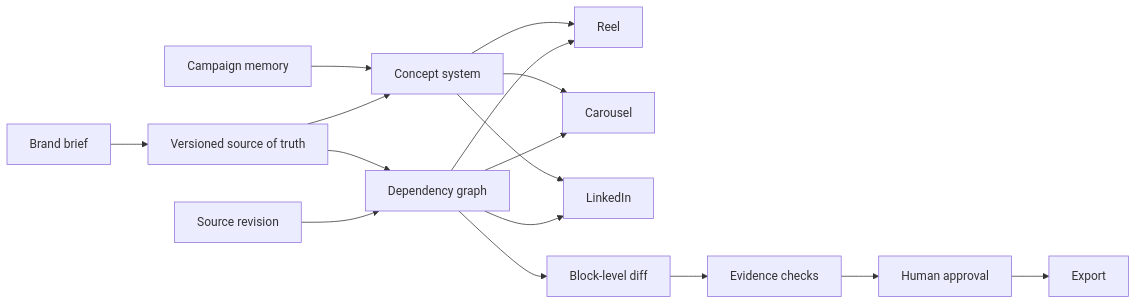
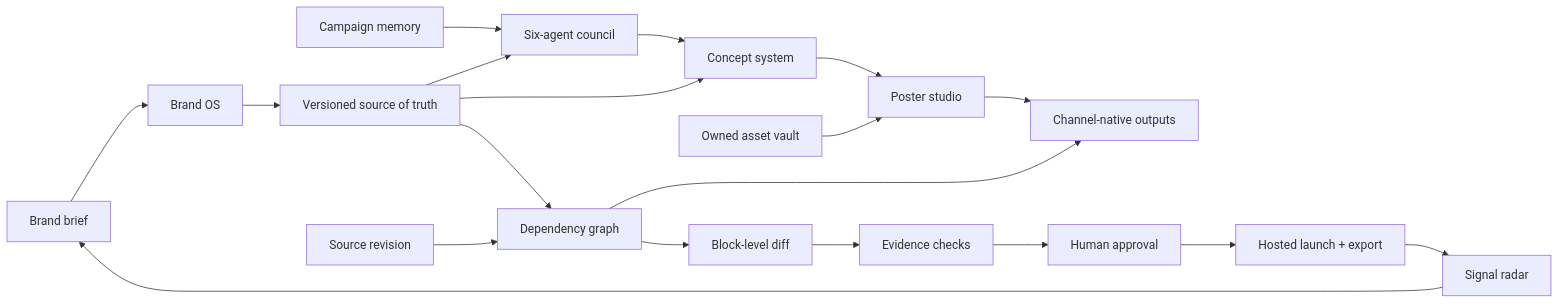
Before and after one commit to JagadeeshwaranCEO/RECAST: the diagram in README.md, drawn with Mermaid. The commit also changed other lines of this file and 15 other files, not shown here.

Commit message:
Build end-to-end AI campaign production studio

````diff
--- a/README.md
+++ b/README.md
@@ -100,18 +109,21 @@
 ```mermaid
 flowchart LR
-    B[Brand brief] --> S[Versioned source of truth]
-    M[Campaign memory] --> C[Concept system]
+    B[Brand brief] --> OS[Brand OS]
+    OS --> S[Versioned source of truth]
+    M[Campaign memory] --> A[Six-agent council]
+    S --> A
+    A --> C[Concept system]
     S --> C
-    C --> O1[Reel]
-    C --> O2[Carousel]
-    C --> O3[LinkedIn]
+    C --> P[Poster studio]
+    V[Owned asset vault] --> P
+    P --> O[Channel-native outputs]
     S --> G[Dependency graph]
-    G --> O1
-    G --> O2
-    G --> O3
+    G --> O
     R[Source revision] --> G
     G --> D[Block-level diff]
     D --> Q[Evidence checks]
     Q --> H[Human approval]
-    H --> E[Export]
+    H --> L[Hosted launch + export]
+    L --> SR[Signal radar]
+    SR --> B
 ```
````
